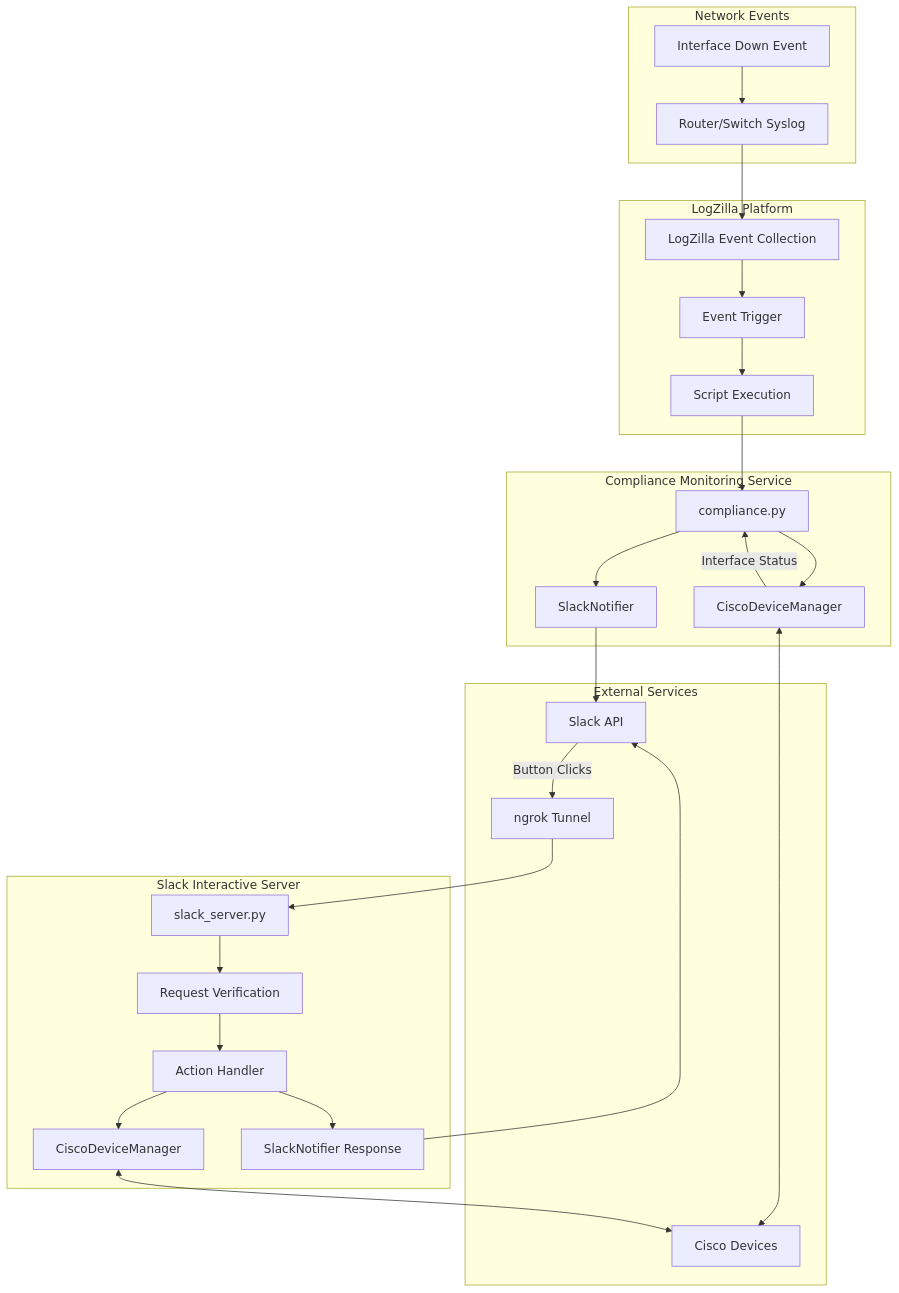
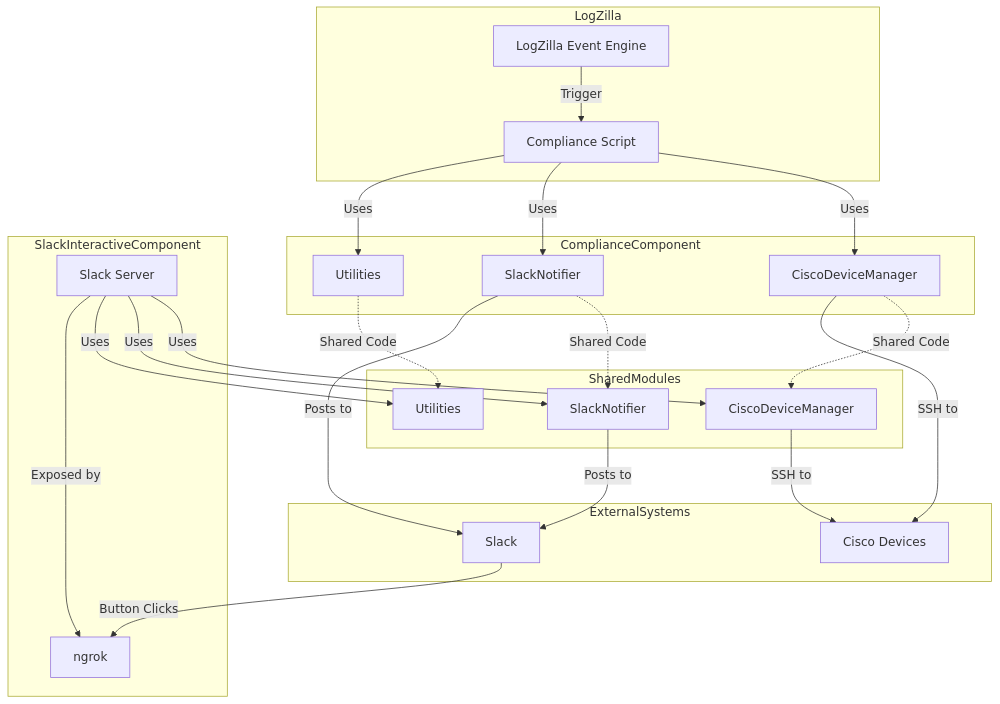
The second of 6 diagrams in docs/diagrams.md (claytondukes/logzilla-triggers), drawn with Mermaid before and after one commit. The commit also changed other lines of this file and 6 other files, not shown here.

Commit message:
docs: Update comprehensive documentation for LogZilla Cisco Interface Compliance project

````diff
--- a/docs/diagrams.md
+++ b/docs/diagrams.md
@@ -5,39 +18,33 @@
 ```mermaid
 flowchart TD
-    subgraph "Network Events"
-        A1[Interface Down Event] --> A2[Router/Switch Syslog]
-    end
-
-    subgraph "LogZilla Platform"
-        B1[LogZilla Event Collection] --> B2[Event Trigger]
-        B2 --> B3[Script Execution]
+    subgraph LogZilla
+        LZ[LogZilla Event Engine] -->|Trigger| CS[Compliance Script]
     end
     
-    subgraph "Compliance Monitoring Service"
-        C1[compliance.py] --> C2[CiscoDeviceManager]
-        C1 --> C3[SlackNotifier]
-        C2 -- "Interface Status" --> C1
+    subgraph ComplianceComponent
+        CS -->|Uses| CDM1[CiscoDeviceManager]
+        CS -->|Uses| SN1[SlackNotifier]
+        CS -->|Uses| UT1[Utilities]
     end
     
-    subgraph "Slack Interactive Server"
-        D1[slack_server.py] --> D2[Request Verification]
-        D2 --> D3[Action Handler]
-        D3 --> D4[CiscoDeviceManager]
-        D3 --> D5[SlackNotifier Response]
+    subgraph SharedModules
+        CDM1 -.->|Shared Code| CDM2[CiscoDeviceManager]
+        SN1 -.->|Shared Code| SN2[SlackNotifier]
+        UT1 -.->|Shared Code| UT2[Utilities]
     end
     
-    subgraph "External Services"
-        E1[Cisco Devices] 
-        E2[Slack API]
-        E3[ngrok Tunnel]
+    subgraph SlackInteractiveComponent
+        SS[Slack Server] -->|Uses| CDM2
+        SS -->|Uses| SN2
+        SS -->|Uses| UT2
+        SS -->|Exposed by| NG[ngrok]
     end
     
-    A2 --> B1
-    B3 --> C1
-    C2 <--> E1
-    C3 --> E2
-    E3 --> D1
-    D5 --> E2
-    D4 <--> E1
-    E2 -- "Button Clicks" --> E3
+    subgraph ExternalSystems
+        SN1 -->|Posts to| S[Slack]
+        SN2 -->|Posts to| S
+        S -->|Button Clicks| NG
+        CDM1 -->|SSH to| CD[Cisco Devices]
+        CDM2 -->|SSH to| CD
+    end
 ```
````
